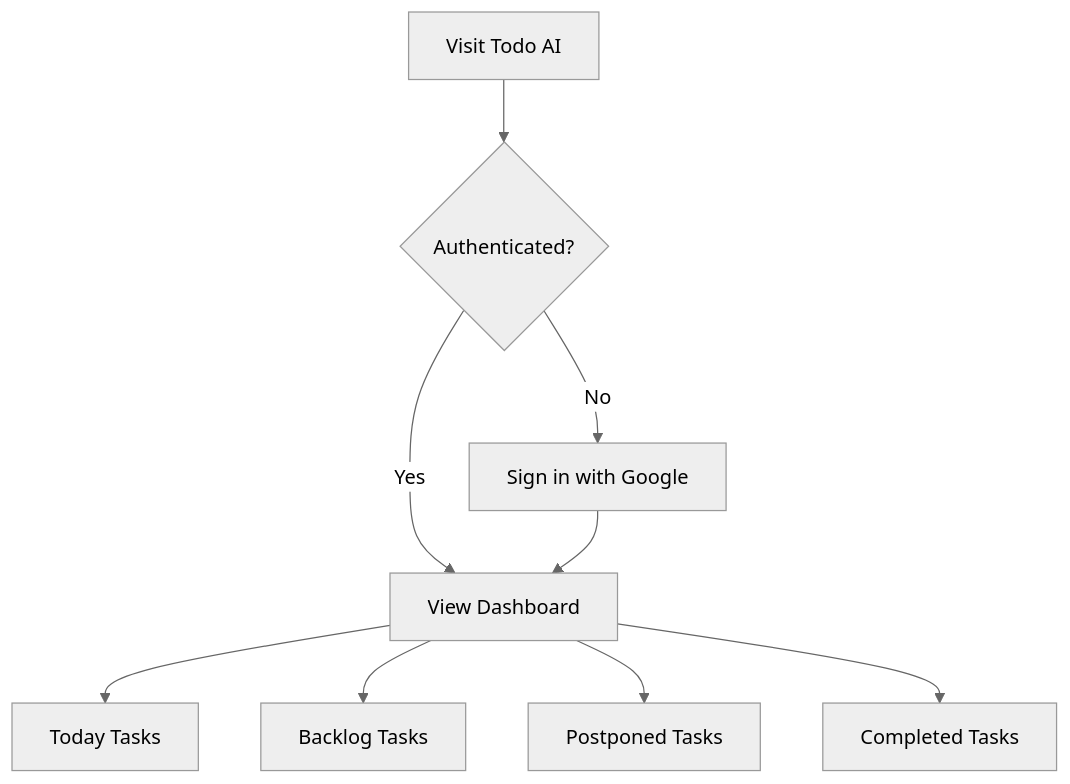
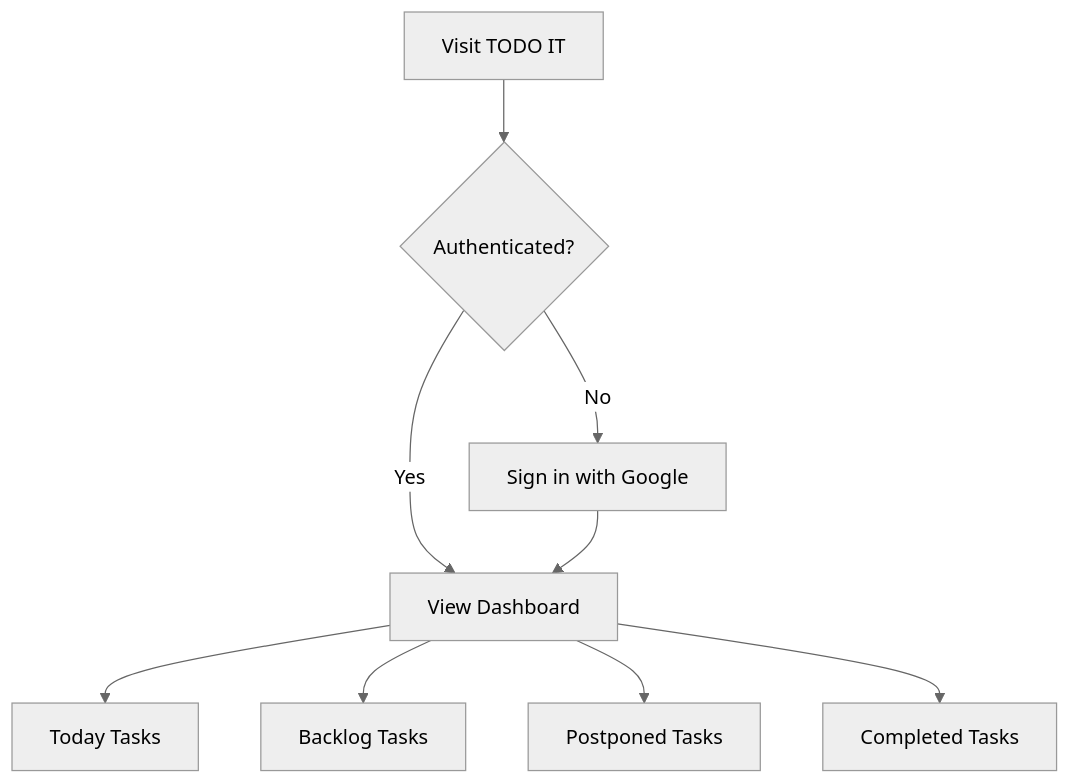
Before and after one commit to pumanitro/todo-ai: the first of 5 diagrams in README.md, drawn with Mermaid (neutral theme). The commit also changed other lines of this file and 8 other files, not shown here.

````diff
--- a/README.md
+++ b/README.md
@@ -164,12 +164,12 @@
 ```mermaid
 graph TD
-    A[Visit Todo AI] --> B{Authenticated?}
+    A[Visit TODO IT] --> B{Authenticated?}
     B -->|No| C[Sign in with Google]
     B -->|Yes| D[View Dashboard]
     C --> D
     
     D --> E[Today Tasks]
     D --> F[Backlog Tasks] 
     D --> G[Postponed Tasks]
     D --> H[Completed Tasks]
 ```
````
